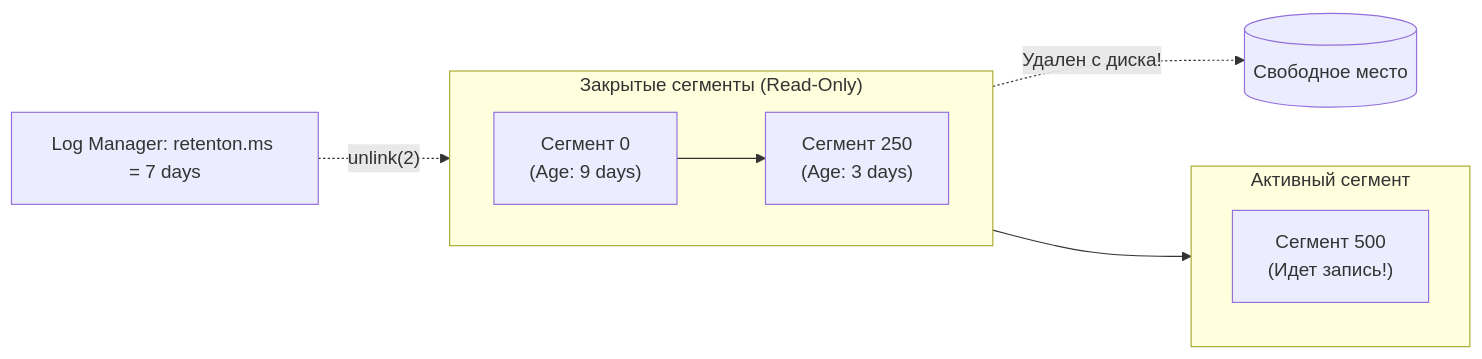
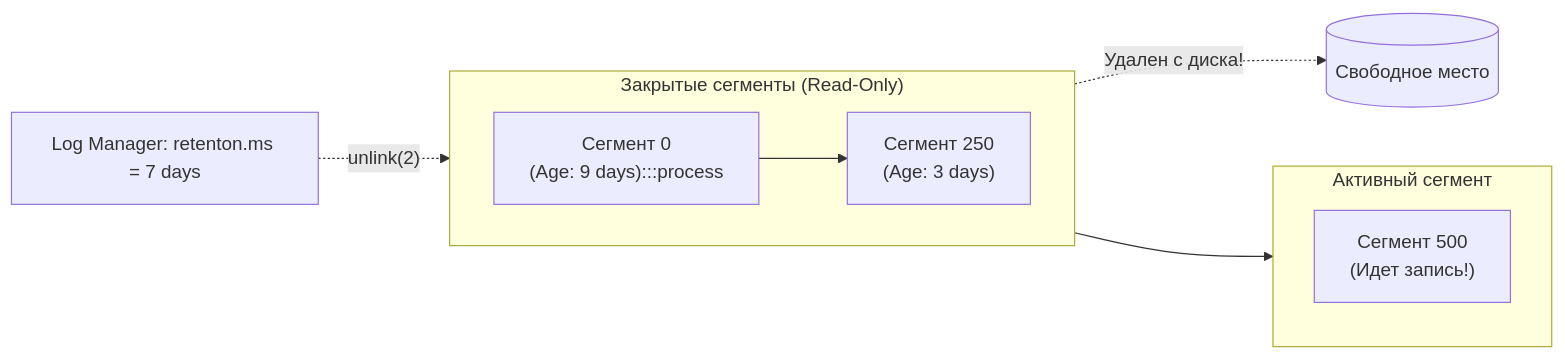
One commit to UnrealTemplier/go-textbook changed the second of 5 diagrams in sources/13. Очереди, брокеры сообщений и оркестраторы/03. Kafka/8. Retention и compaction.md. Above: the diagram before and after it, drawn with Mermaid. The commit also changed other lines of this file and 1666 other files, not shown here.

First line of the commit message:
feat(mermaid): add semantic color classDef to 1369 colorless flowchart/graph diagrams

````diff
--- a/sources/13. Очереди, брокеры сообщений и оркестраторы/03. Kafka/8. Retention и compaction.md
+++ b/sources/13. Очереди, брокеры сообщений и оркестраторы/03. Kafka/8. Retention и compaction.md
@@ -61,16 +71,26 @@
 ```mermaid
 flowchart LR
+    classDef process  fill:#1e293b,stroke:#38bdf8,stroke-width:1px,color:#f8fafc
+    classDef success  fill:#064e3b,stroke:#34d399,stroke-width:1px,color:#f8fafc
+    classDef error    fill:#7f1d1d,stroke:#f87171,stroke-width:1px,color:#f8fafc
+    classDef warning  fill:#78350f,stroke:#fbbf24,stroke-width:1px,color:#f8fafc
+    classDef entry    fill:#1e3a5f,stroke:#38bdf8,stroke-width:2px,color:#f8fafc
+    classDef aux      fill:#334155,stroke:#64748b,stroke-width:1px,color:#f8fafc
+    classDef system   fill:#312e81,stroke:#a78bfa,stroke-width:1px,color:#f8fafc
+    classDef data     fill:#132d29,stroke:#2dd4bf,stroke-width:1px,color:#f8fafc
+    classDef network  fill:#881337,stroke:#fb7185,stroke-width:1px,color:#f8fafc
+    classDef accent   fill:#1e1b4b,stroke:#818cf8,stroke-width:1px,color:#f8fafc
     subgraph ClosedSegments["Закрытые сегменты (Read-Only)"]
         direction LR
-        S1["Сегмент 0<br>(Age: 9 days)"] --> S2["Сегмент 250<br>(Age: 3 days)"]
+        S1["Сегмент 0<br>(Age: 9 days):::process"] --> S2["Сегмент 250<br>(Age: 3 days)"]
     end
     
     subgraph ActiveSegment["Активный сегмент"]
         S3["Сегмент 500<br>(Идет запись!)"]
     end
 
     ClosedSegments --> ActiveSegment
 
     Del["Log Manager: retenton.ms = 7 days"] -.->|"unlink(2)"| S1
     S1 -.->|"Удален с диска!"| Trash[("Свободное место")]
 ```
````
